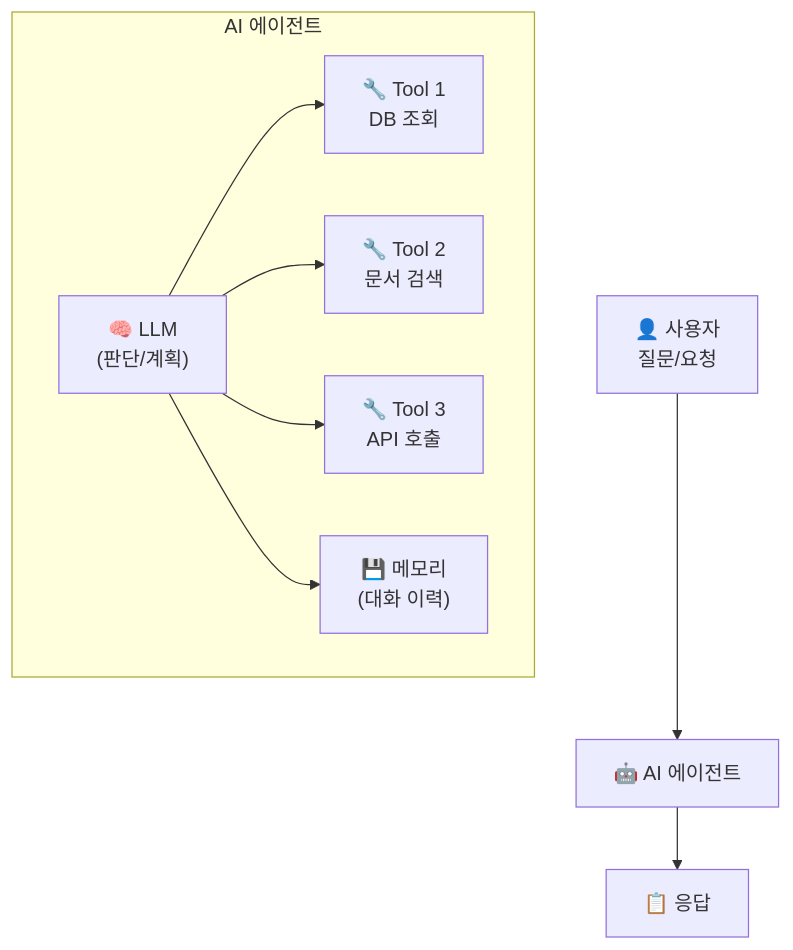
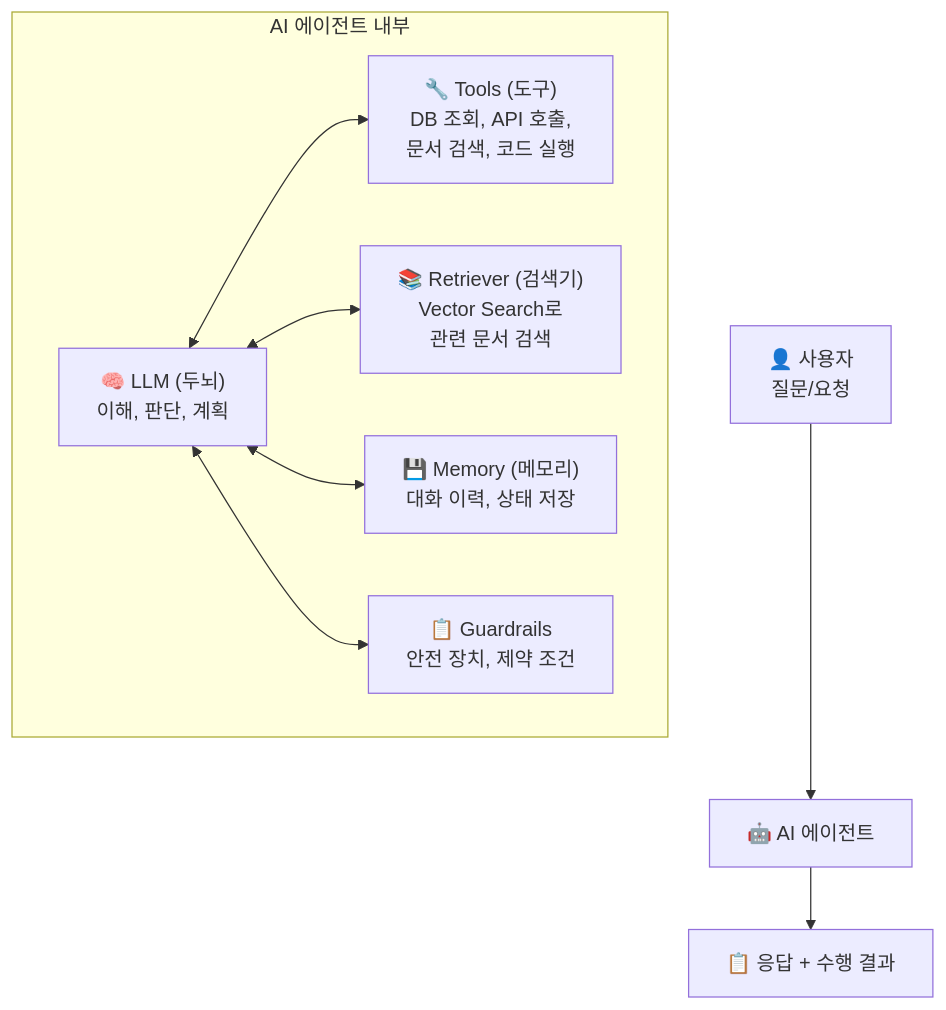
Before and after one commit to SimyungYang/simyung-dbx-training: the first of 4 diagrams in 10-agent-development/what-is-ai-agent.md, drawn with Mermaid. The commit also changed other lines of this file and 5 other files, not shown here.

````diff
--- a/10-agent-development/what-is-ai-agent.md
+++ b/10-agent-development/what-is-ai-agent.md
@@ -11,18 +21,18 @@
 ```mermaid
 graph TB
     U["👤 사용자<br/>질문/요청"] --> A["🤖 AI 에이전트"]
 
-    subgraph Agent["AI 에이전트"]
-        LLM["🧠 LLM<br/>(판단/계획)"]
-        T1["🔧 Tool 1<br/>DB 조회"]
-        T2["🔧 Tool 2<br/>문서 검색"]
-        T3["🔧 Tool 3<br/>API 호출"]
-        M["💾 메모리<br/>(대화 이력)"]
+    subgraph Agent["AI 에이전트 내부"]
+        LLM["🧠 LLM (두뇌)<br/>이해, 판단, 계획"]
+        T["🔧 Tools (도구)<br/>DB 조회, API 호출,<br/>문서 검색, 코드 실행"]
+        R["📚 Retriever (검색기)<br/>Vector Search로<br/>관련 문서 검색"]
+        M["💾 Memory (메모리)<br/>대화 이력, 상태 저장"]
+        G["📋 Guardrails<br/>안전 장치, 제약 조건"]
     end
 
-    LLM --> T1
-    LLM --> T2
-    LLM --> T3
-    LLM --> M
-    A --> R["📋 응답"]
+    LLM <--> T
+    LLM <--> R
+    LLM <--> M
+    LLM <--> G
+    A --> ANS["📋 응답 + 수행 결과"]
 ```
````
